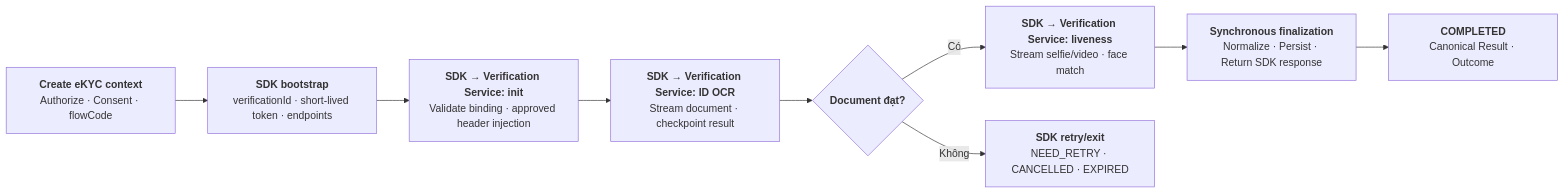
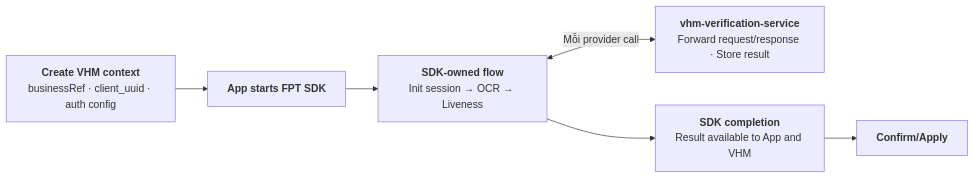
The sixth of 8 diagrams in noxh-ekyc.md (huynv-xyz/vhm), drawn with Mermaid before and after one commit. The commit also changed other lines of this file, not shown here.

````diff
--- a/noxh-ekyc.md
+++ b/noxh-ekyc.md
@@ -389,24 +348,17 @@
 ```mermaid
 flowchart LR
-    CREATE["`**Create eKYC context**
-Authorize · Consent · flowCode`"]
-    BOOTSTRAP["`**SDK bootstrap**
-verificationId · short-lived token · endpoints`"]
-    INIT["`**SDK → Verification Service: init**
-Validate binding · approved header injection`"]
-    OCR["`**SDK → Verification Service: ID OCR**
-Stream document · checkpoint result`"]
-    DOC_CHECK{"`**Document đạt?**`"}
-    LIVE["`**SDK → Verification Service: liveness**
-Stream selfie/video · face match`"]
-    FINAL["`**Synchronous finalization**
-Normalize · Persist · Return SDK response`"]
-    DONE["`**COMPLETED**
-Canonical Result · Outcome`"]
-    RETRY["`**SDK retry/exit**
-NEED_RETRY · CANCELLED · EXPIRED`"]
+    CONTEXT["`**Create VHM context**
+businessRef · client_uuid · auth config`"]
+    START["`**App starts FPT SDK**`"]
+    SDK["`**SDK-owned flow**
+Init session → OCR → Liveness`"]
+    FORWARD["`**vhm-verification-service**
+Forward request/response · Store result`"]
+    RESULT["`**SDK completion**
+Result available to App and VHM`"]
+    APPLY["`**Confirm/Apply**`"]
 
-    CREATE --> BOOTSTRAP --> INIT --> OCR --> DOC_CHECK
-    DOC_CHECK -->|"Có"| LIVE --> FINAL --> DONE
-    DOC_CHECK -->|"Không"| RETRY
+    CONTEXT --> START --> SDK
+    SDK <-->|"Mỗi provider call"| FORWARD
+    SDK --> RESULT --> APPLY
 ```
````
